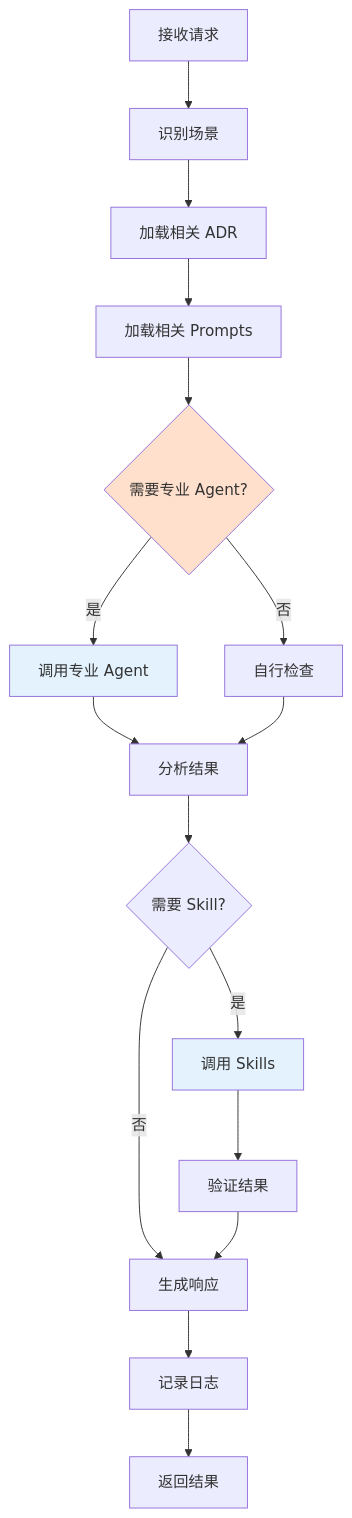
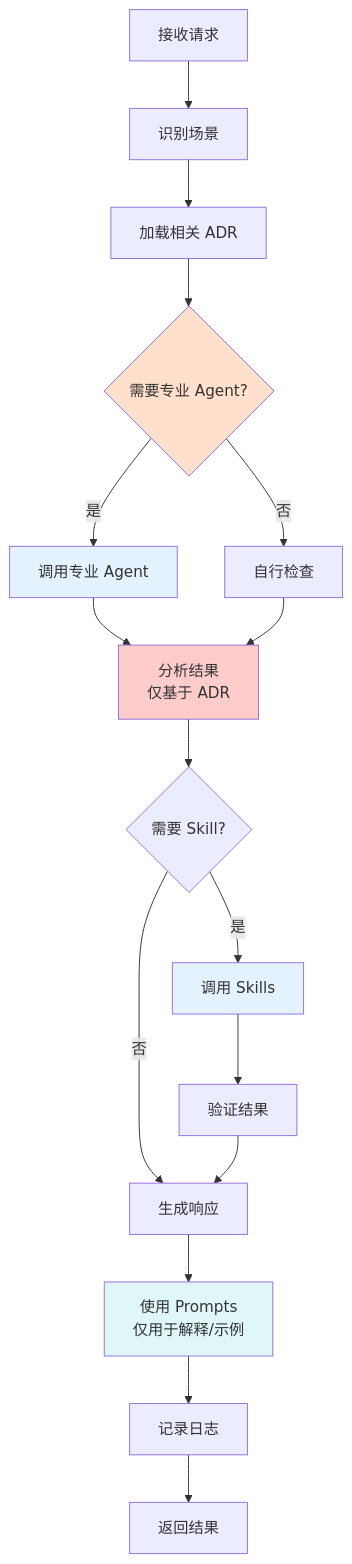
Before and after one commit to douhuaa/Zss.BilliardHall: the diagram in .github/agents/architecture-guardian.agent.md, drawn with Mermaid. The commit also changed other lines of this file, not shown here.

Commit message:
fix(agents): 修正 Guardian 执行流程和响应约束（LoadADR→Analyze→Prompts，强制三态响应）

````diff
--- a/.github/agents/architecture-guardian.agent.md
+++ b/.github/agents/architecture-guardian.agent.md
@@ -74,27 +80,29 @@
 ```mermaid
 graph TB
     Start[接收请求] --> Identify[识别场景]
     Identify --> LoadADR[加载相关 ADR]
-    LoadADR --> LoadPrompts[加载相关 Prompts]
     
-    LoadPrompts --> Delegate{需要专业 Agent?}
+    LoadADR --> Delegate{需要专业 Agent?}
     Delegate -->|是| CallAgent[调用专业 Agent]
     Delegate -->|否| SelfCheck[自行检查]
     
-    CallAgent --> Analyze[分析结果]
+    CallAgent --> Analyze[分析结果<br/>仅基于 ADR]
     SelfCheck --> Analyze
     
     Analyze --> UseSkill{需要 Skill?}
     UseSkill -->|是| CallSkill[调用 Skills]
     UseSkill -->|否| Respond[生成响应]
     
     CallSkill --> Validate[验证结果]
     Validate --> Respond
     
-    Respond --> Log[记录日志]
+    Respond --> UsePrompts[使用 Prompts<br/>仅用于解释/示例]
+    UsePrompts --> Log[记录日志]
     Log --> End[返回结果]
     
     style Delegate fill:#ffe0cc
     style CallAgent fill:#e3f2fd
     style CallSkill fill:#e3f2fd
+    style Analyze fill:#ffcccc
+    style UsePrompts fill:#e0f7fa
 ```
````
